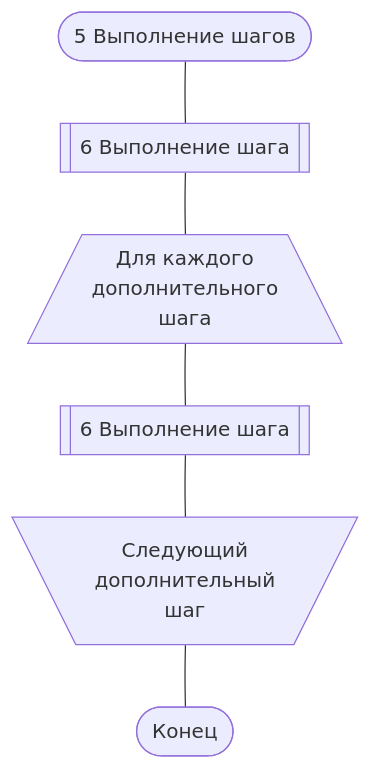
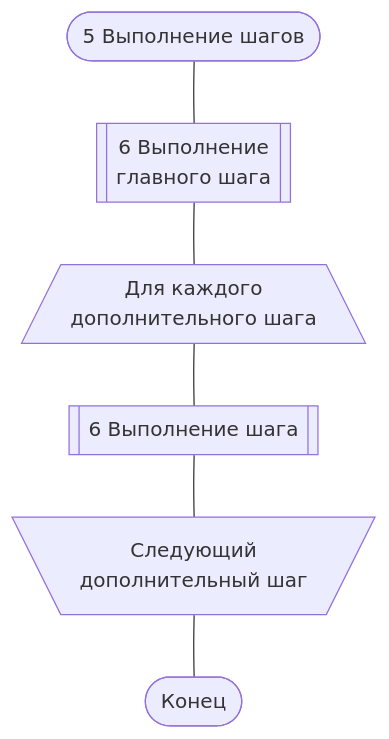
One commit to savushkin-r-d/ptusa_main changed the third of 5 diagrams in russian_readme/readme.md. Above: the diagram before and after it, drawn with Mermaid. The commit also changed other lines of this file, not shown here.

````diff
--- a/russian_readme/readme.md
+++ b/russian_readme/readme.md
@@ -73,25 +49,11 @@
 ``` mermaid
 
 flowchart TD
 
     A([5 Выполнение шагов]) --- A1[[6 Выполнение <br/> главного шага]]
-
-    A1[[6 Выполнение шага]] --- B[/Для каждого дополнительного шага\]
-
-    B[/"Для каждого
-        дополнительного
-        шага"\]
-    ---
-    C[[6 Выполнение шага]]
-
-    C[[6 Выполнение шага]]
-    ---
-    D[\"Следующий дополнительный шаг"/]
-
-    D[\"Следующий
-        дополнительный
-        шаг"/]
-    ---
-    E([Конец])
+    A1 --- B[/Для каждого <br/> дополнительного шага\]
+    B --- C[[6 Выполнение шага]]
+    C --- D[\"Следующий <br/> дополнительный шаг"/]
+    D --- E([Конец])
 
 ```
````
